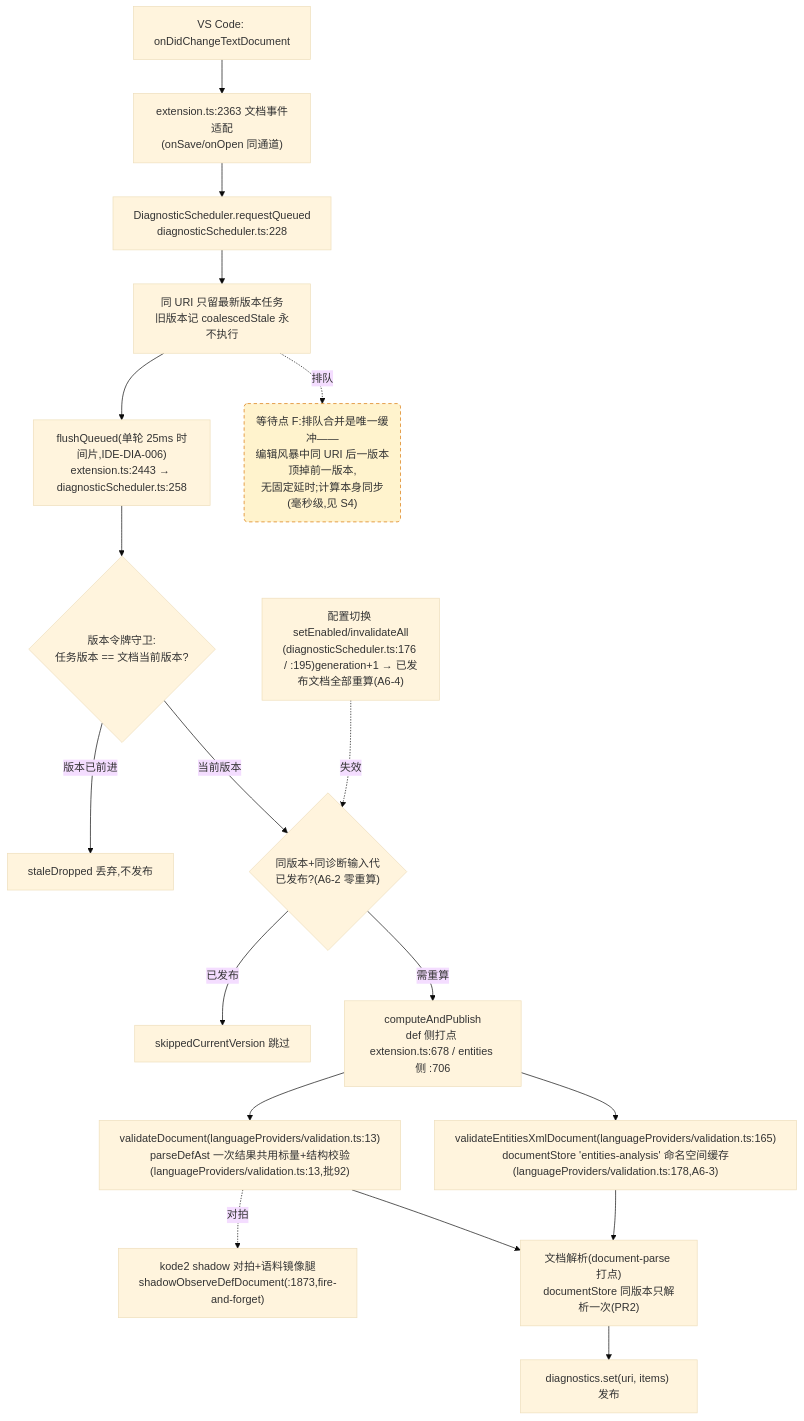
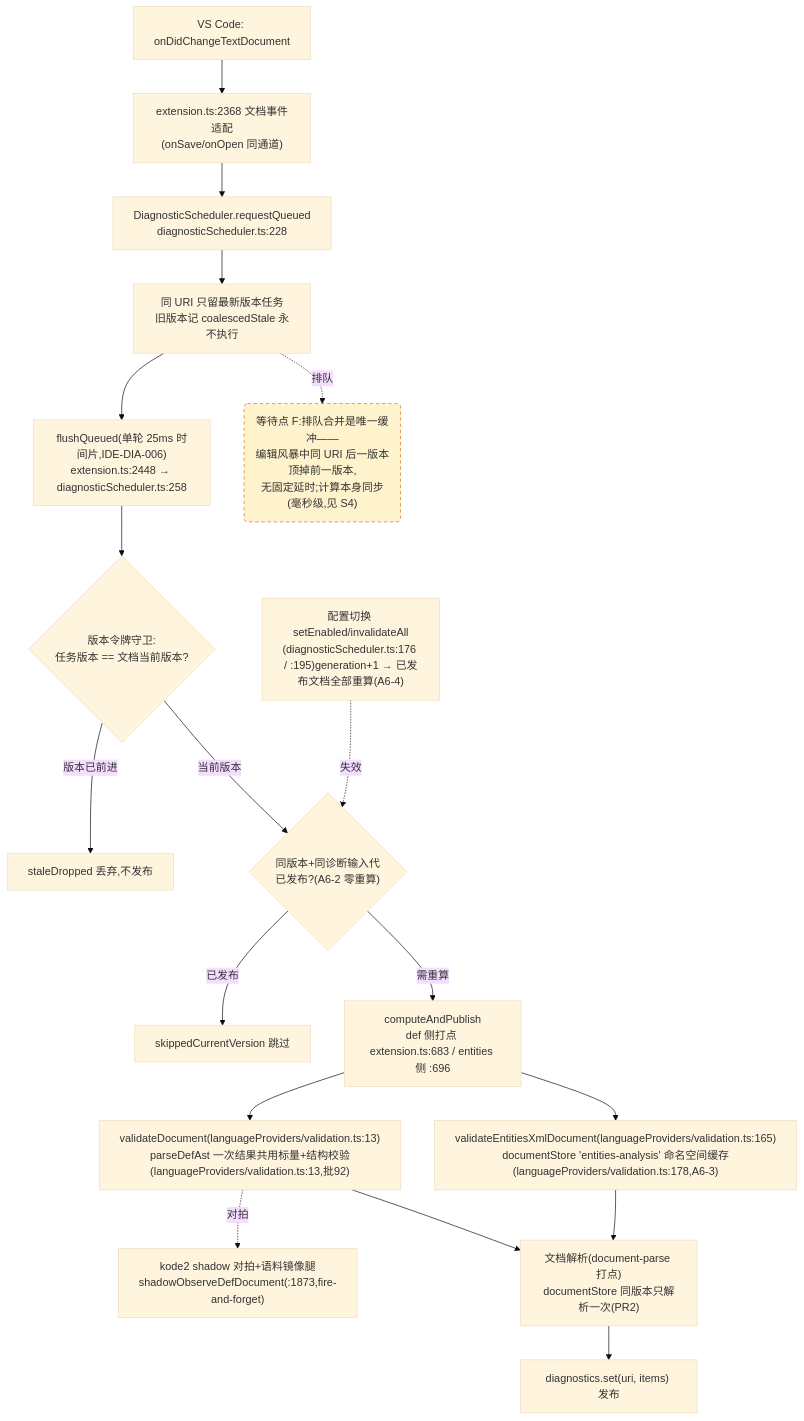
One commit to cuihairu/kode changed the fourth of 4 diagrams in docs/perf/2026-baseline.md. Above: the diagram before and after it, drawn with Mermaid (base theme). The commit also changed other lines of this file and 38 other files, not shown here.

````diff
--- a/docs/perf/2026-baseline.md
+++ b/docs/perf/2026-baseline.md
@@ -214,38 +214,38 @@
 ```mermaid
 flowchart TD
   CHG["VS Code: onDidChangeTextDocument"]
-  WATCH["extension.ts:2363 文档事件适配<br/>(onSave/onOpen 同通道)"]
+  WATCH["extension.ts:2368 文档事件适配<br/>(onSave/onOpen 同通道)"]
   RQ["DiagnosticScheduler.requestQueued<br/>diagnosticScheduler.ts:228"]
   CO["同 URI 只留最新版本任务<br/>旧版本记 coalescedStale 永不执行"]
-  FL["flushQueued(单轮 25ms 时间片,IDE-DIA-006)<br/>extension.ts:2443 → diagnosticScheduler.ts:258"]
+  FL["flushQueued(单轮 25ms 时间片,IDE-DIA-006)<br/>extension.ts:2448 → diagnosticScheduler.ts:258"]
   VG{"版本令牌守卫:<br/>任务版本 == 文档当前版本?"}
   DROP["staleDropped 丢弃,不发布"]
   GEN{"同版本+同诊断输入代<br/>已发布?(A6-2 零重算)"}
   SKIP["skippedCurrentVersion 跳过"]
-  CALC["computeAndPublish<br/>def 侧打点 extension.ts:678 / entities 侧 :706"]
+  CALC["computeAndPublish<br/>def 侧打点 extension.ts:683 / entities 侧 :696"]
   VD["validateDocument(languageProviders/validation.ts:13)<br/>parseDefAst 一次结果共用标量+结构校验(languageProviders/validation.ts:13,批92)"]
   VEX["validateEntitiesXmlDocument(languageProviders/validation.ts:165)<br/>documentStore 'entities-analysis' 命名空间缓存(languageProviders/validation.ts:178,A6-3)"]
   SHDD["kode2 shadow 对拍+语料镜像腿<br/>shadowObserveDefDocument(:1873,fire-and-forget)"]
   DS["文档解析(document-parse 打点)<br/>documentStore 同版本只解析一次(PR2)"]
   PUB["diagnostics.set(uri, items) 发布"]
   CFG2["配置切换 setEnabled/invalidateAll<br/>(diagnosticScheduler.ts:176 / :195)generation+1 → 已发布文档全部重算(A6-4)"]
 
   CHG --> WATCH --> RQ --> CO --> FL --> VG
   VG -- "版本已前进" --> DROP
   VG -- "当前版本" --> GEN
   GEN -- "已发布" --> SKIP
   GEN -- "需重算" --> CALC
   CALC --> VD
   CALC --> VEX
   VD --> DS
   VEX --> DS
   DS --> PUB
   VD -.->|对拍| SHDD
   CFG2 -.->|失效| GEN
 
   WAITF("等待点 F:排队合并是唯一缓冲——<br/>编辑风暴中同 URI 后一版本顶掉前一版本,<br/>无固定延时;计算本身同步(毫秒级,见 S4)")
   CO -.->|排队| WAITF
 
   classDef waitPoint fill:#fff3cd,stroke:#d97706,stroke-dasharray:5 4;
   class WAITF waitPoint;
 ```
````
